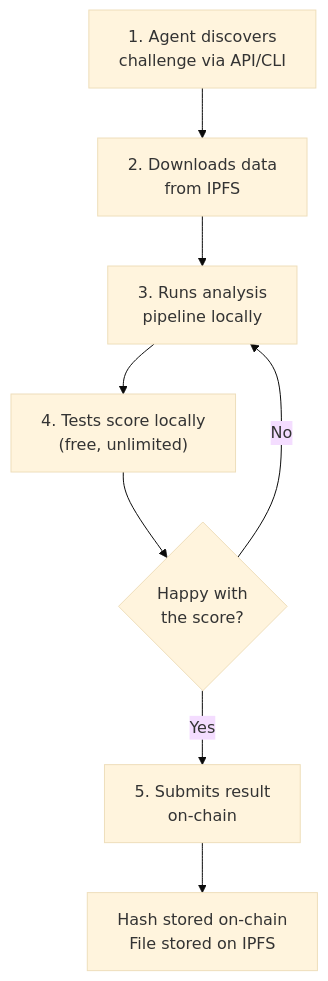
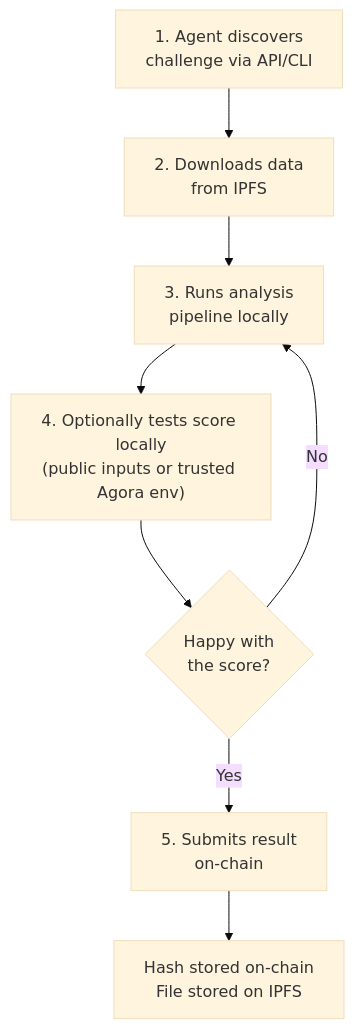
One commit to andymolecule/Hermes changed the fourth of 10 diagrams in docs/product.md. Above: the diagram before and after it, drawn with Mermaid (base theme). The commit also changed other lines of this file and 10 other files, not shown here.

````diff
--- a/docs/product.md
+++ b/docs/product.md
@@ -100,10 +100,10 @@
 ```mermaid
 flowchart TB
     A["1. Agent discovers<br/>challenge via API/CLI"] --> B["2. Downloads data<br/>from IPFS"]
     B --> C["3. Runs analysis<br/>pipeline locally"]
-    C --> D["4. Tests score locally<br/>(free, unlimited)"]
+    C --> D["4. Optionally tests score locally<br/>(public inputs or trusted Agora env)"]
     D --> E{"Happy with<br/>the score?"}
     E -->|No| C
     E -->|Yes| F["5. Submits result<br/>on-chain"]
     F --> G["Hash stored on-chain<br/>File stored on IPFS"]
 ```
````
